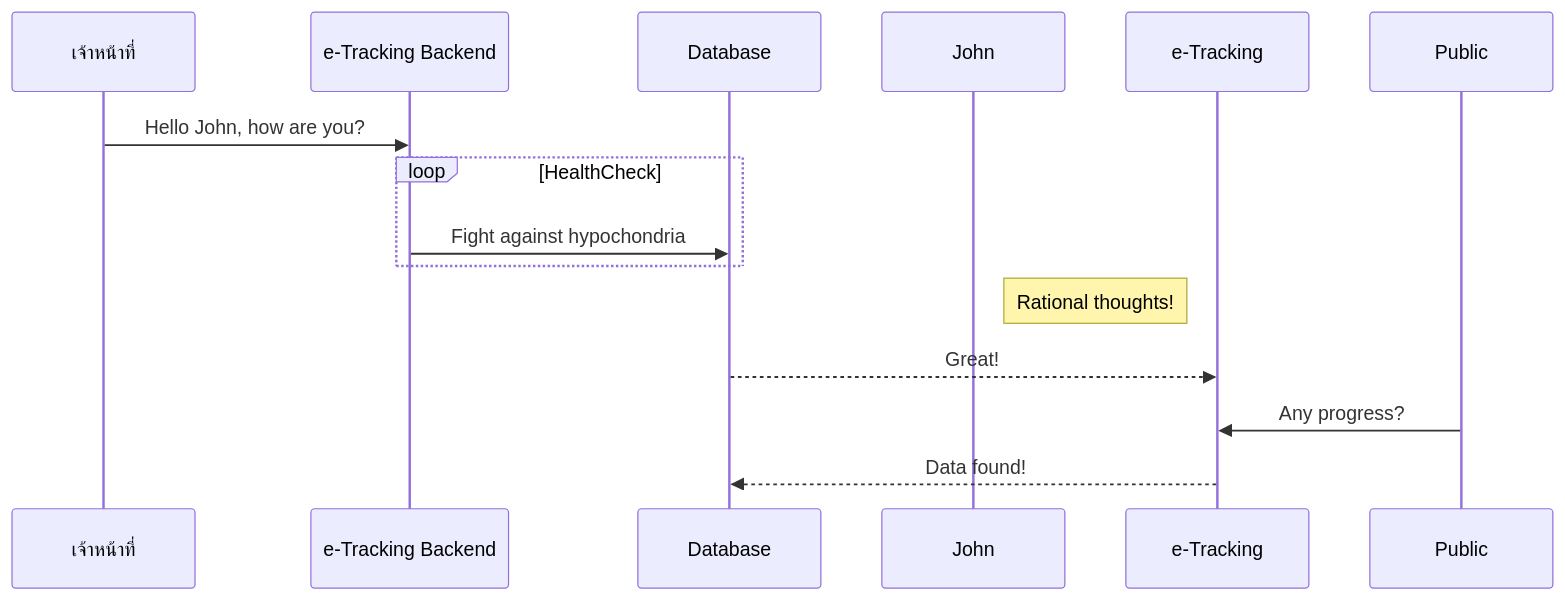
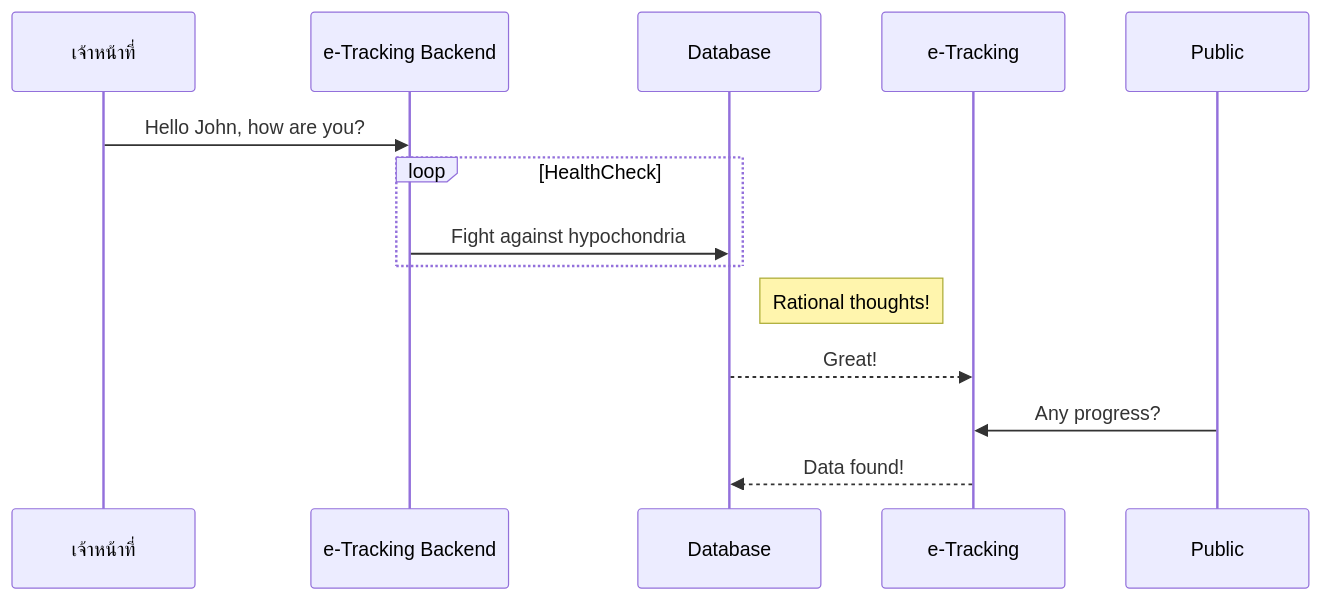
One commit to Kietpawpan/e-tracking changed the second of 2 diagrams in README.md. Above: the diagram before and after it, drawn with Mermaid.

````diff
--- a/README.md
+++ b/README.md
@@ -28,11 +28,11 @@
 ```mermaid
 sequenceDiagram
 เจ้าหน้าที่->>e-Tracking Backend: Hello John, how are you?
 loop HealthCheck
     e-Tracking Backend->>Database: Fight against hypochondria
 end
-Note right of John: Rational thoughts!
+Note right of Database: Rational thoughts!
 Database-->>e-Tracking: Great!
 Public->>e-Tracking: Any progress?
 e-Tracking-->>Database: Data found!
 ```
````
